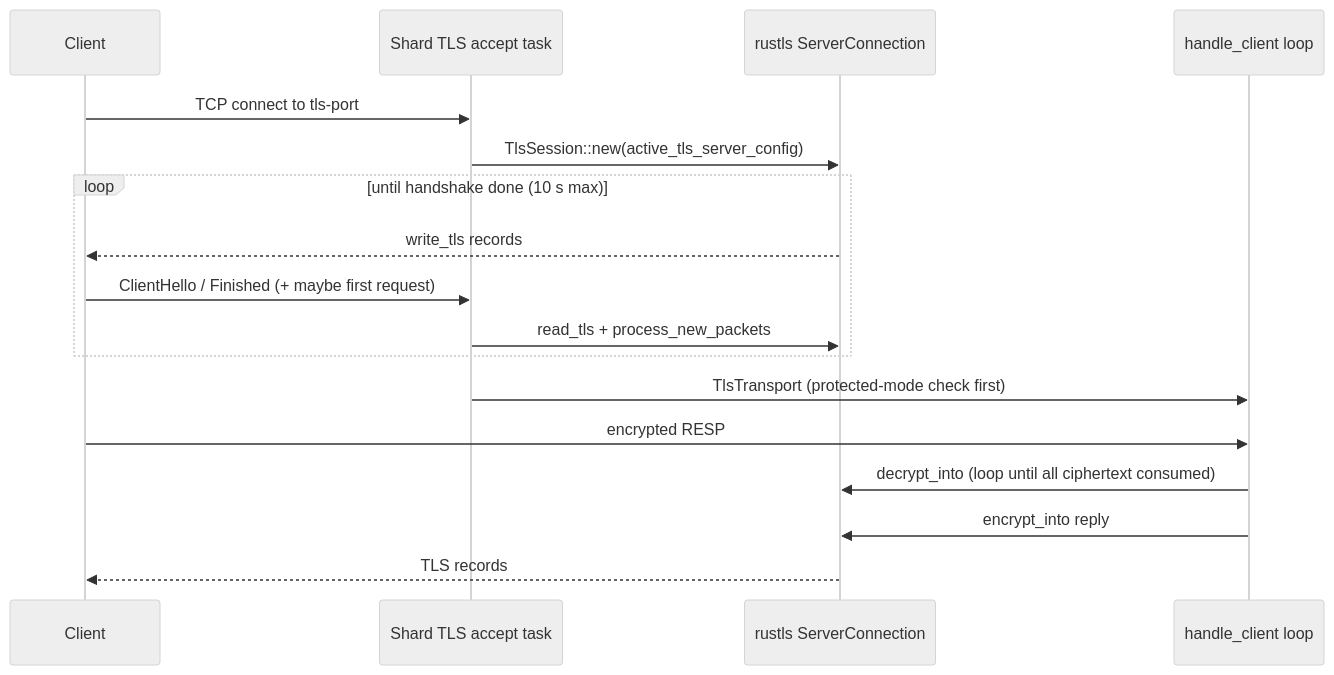
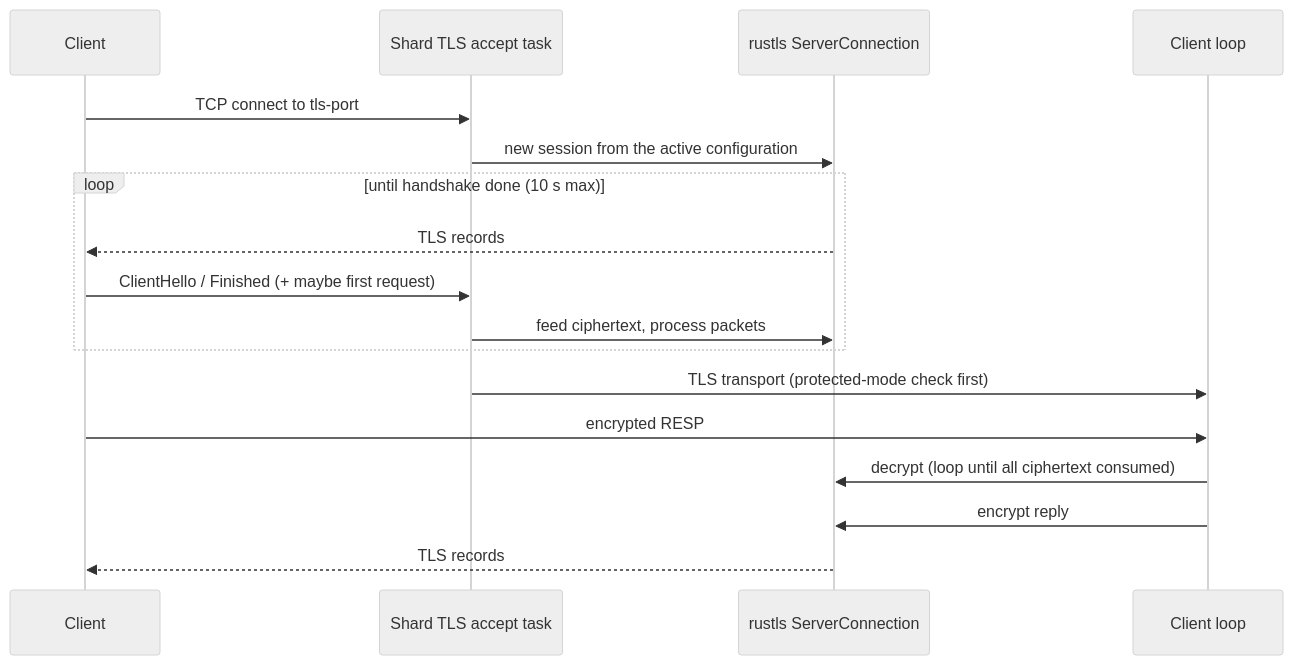
Before and after one commit to warrenzhu25/rudis: the second of 2 diagrams in docs/internal/15_security_tls.md, drawn with Mermaid (neutral theme). The commit also changed other lines of this file, not shown here.

First line of the commit message:
docs(internal): rewrite security, TLS and allocator guide in the prose-first style

````diff
--- a/docs/internal/15_security_tls.md
+++ b/docs/internal/15_security_tls.md
@@ -506,19 +460,19 @@
 ```mermaid
 sequenceDiagram
     participant C as Client
     participant S as Shard TLS accept task
     participant R as rustls ServerConnection
-    participant L as handle_client loop
+    participant L as Client loop
     C->>S: TCP connect to tls-port
-    S->>R: TlsSession::new(active_tls_server_config)
+    S->>R: new session from the active configuration
     loop until handshake done (10 s max)
-        R-->>C: write_tls records
+        R-->>C: TLS records
         C->>S: ClientHello / Finished (+ maybe first request)
-        S->>R: read_tls + process_new_packets
+        S->>R: feed ciphertext, process packets
     end
-    S->>L: TlsTransport (protected-mode check first)
+    S->>L: TLS transport (protected-mode check first)
     C->>L: encrypted RESP
-    L->>R: decrypt_into (loop until all ciphertext consumed)
-    L->>R: encrypt_into reply
+    L->>R: decrypt (loop until all ciphertext consumed)
+    L->>R: encrypt reply
     R-->>C: TLS records
 ```
````
